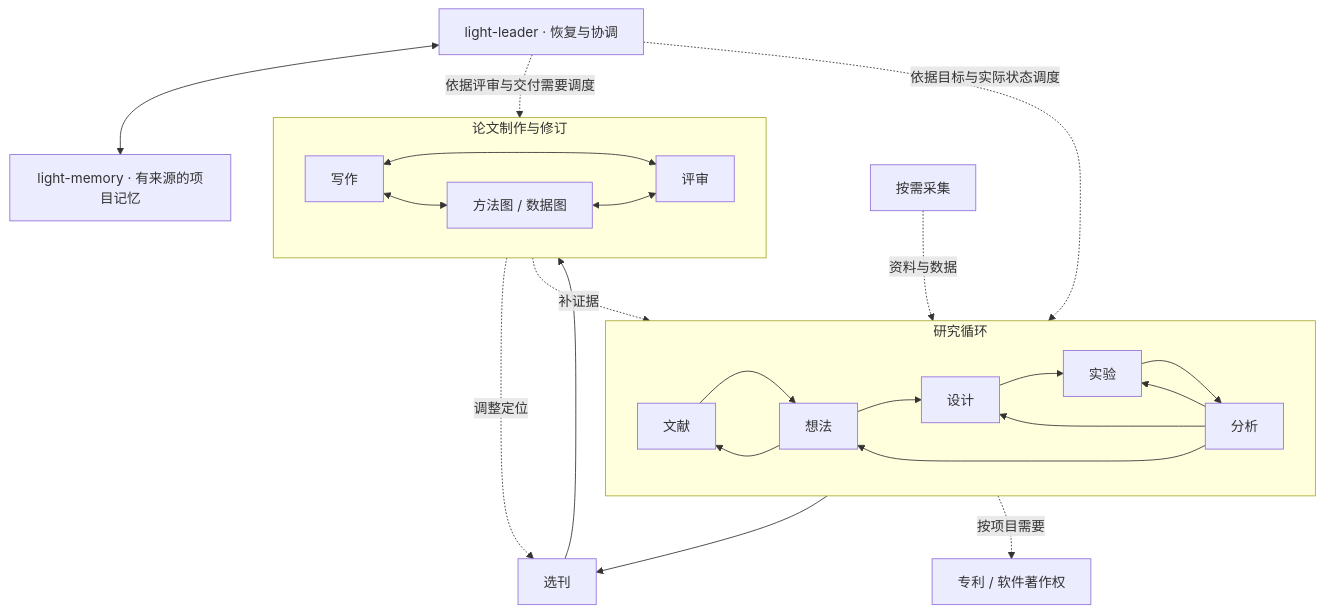
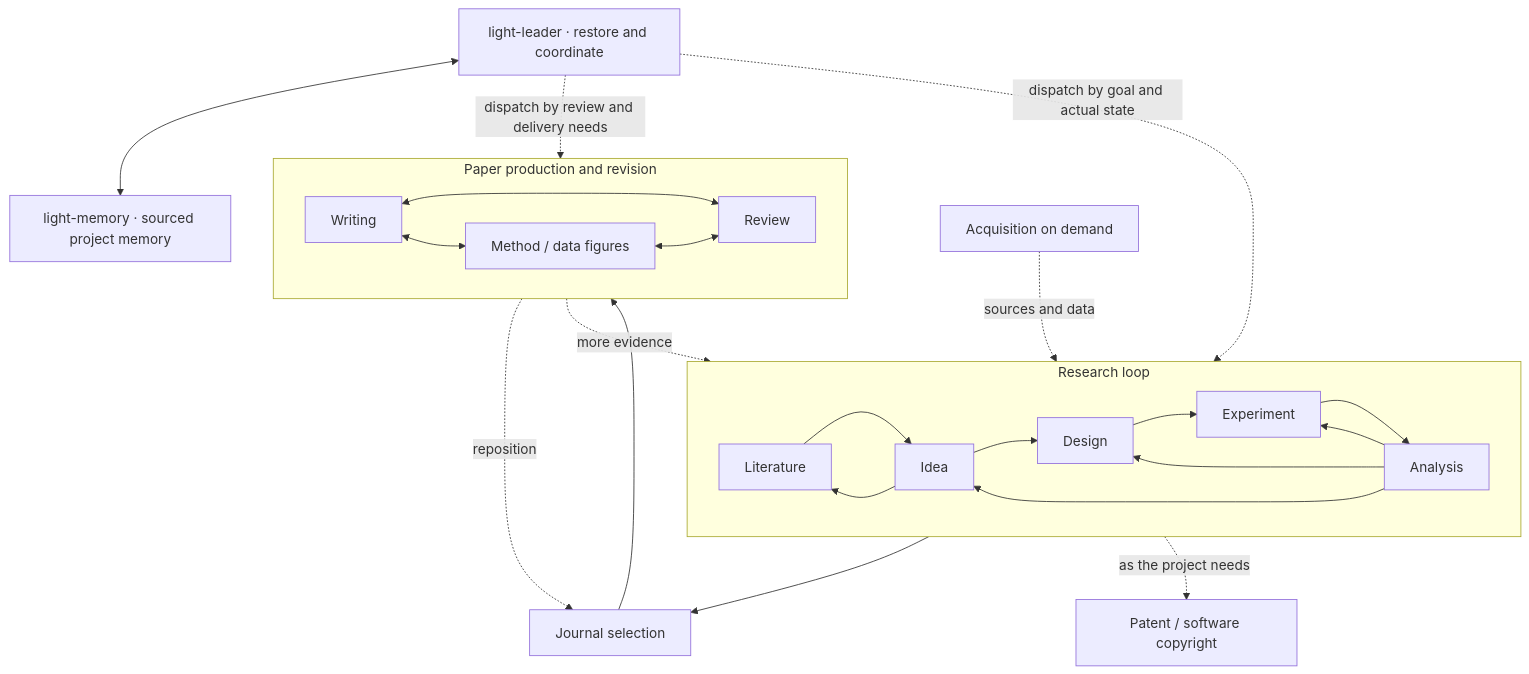
The diagram in README.md (Light0305/Light-skills), drawn with Mermaid before and after one commit. The commit also changed other lines of this file and 70 other files, not shown here.

First line of the commit message:
更正 light-analysis 拼写并新增英文 README

````diff
--- a/README.md
+++ b/README.md
@@ -116,26 +124,26 @@
 ```mermaid
 flowchart TB
-  Leader[light-leader · 恢复与协调] <--> Memory[light-memory · 有来源的项目记忆]
-  Leader -. 依据目标与实际状态调度 .-> Research
-  Leader -. 依据评审与交付需要调度 .-> Manuscript
-  subgraph Research[研究循环]
+  Leader[light-leader · restore and coordinate] <--> Memory[light-memory · sourced project memory]
+  Leader -. dispatch by goal and actual state .-> Research
+  Leader -. dispatch by review and delivery needs .-> Manuscript
+  subgraph Research[Research loop]
     direction LR
-    L[文献] --> I[想法] --> D[设计] --> E[实验] --> A[分析]
+    L[Literature] --> I[Idea] --> D[Design] --> E[Experiment] --> A[Analysis]
     A --> I
     A --> D
     A --> E
     I --> L
   end
-  C[按需采集] -. 资料与数据 .-> Research
-  A --> J[选刊]
-  subgraph Manuscript[论文制作与修订]
+  C[Acquisition on demand] -. sources and data .-> Research
+  A --> J[Journal selection]
+  subgraph Manuscript[Paper production and revision]
     direction LR
-    W[写作] <--> F[方法图 / 数据图]
-    W <--> R[评审]
+    W[Writing] <--> F[Method / data figures]
+    W <--> R[Review]
     F <--> R
   end
   J --> W
-  R -. 补证据 .-> Research
-  R -. 调整定位 .-> J
-  Research -. 按项目需要 .-> IP[专利 / 软件著作权]
+  R -. more evidence .-> Research
+  R -. reposition .-> J
+  Research -. as the project needs .-> IP[Patent / software copyright]
 ```
````
